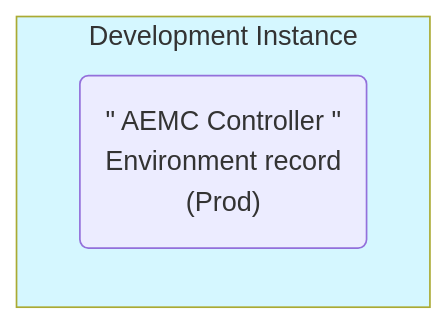
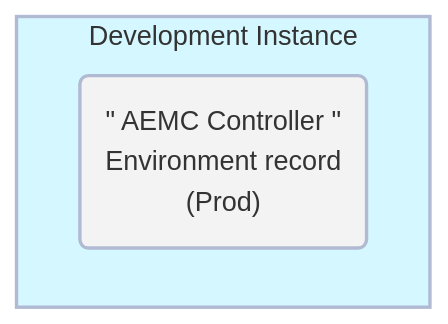
One commit to CreatorWorkflowsNow/lab-aemc-utah changed the second of 2 diagrams in docs/02-Implementation/02-Dev/220-dev-environment.md. Above: the diagram before and after it, drawn with Mermaid. The commit also changed other lines of this file and 54 other files, not shown here.

````diff
--- a/docs/02-Implementation/02-Dev/220-dev-environment.md
+++ b/docs/02-Implementation/02-Dev/220-dev-environment.md
@@ -27,12 +29,12 @@
 ``` mermaid
 graph 
     subgraph Development[Development Instance]
         Prod("#quot; AEMC Controller #quot;
         Environment record
         (Prod)")
     end
     class Development devStyle
-    class Dev envStyle
-    classDef devStyle fill:#D5F7FF;
-    classDef envStyle fill:#F3F3F3;
+    class Prod envStyle
+    classDef devStyle fill:#D5F7FF,stroke:#B0BAD3,stroke-width:2px,color:#333;
+    classDef envStyle fill:#F3F3F3,stroke:#B0BAD3,stroke-width:2px,color:#333;
 ```
````
